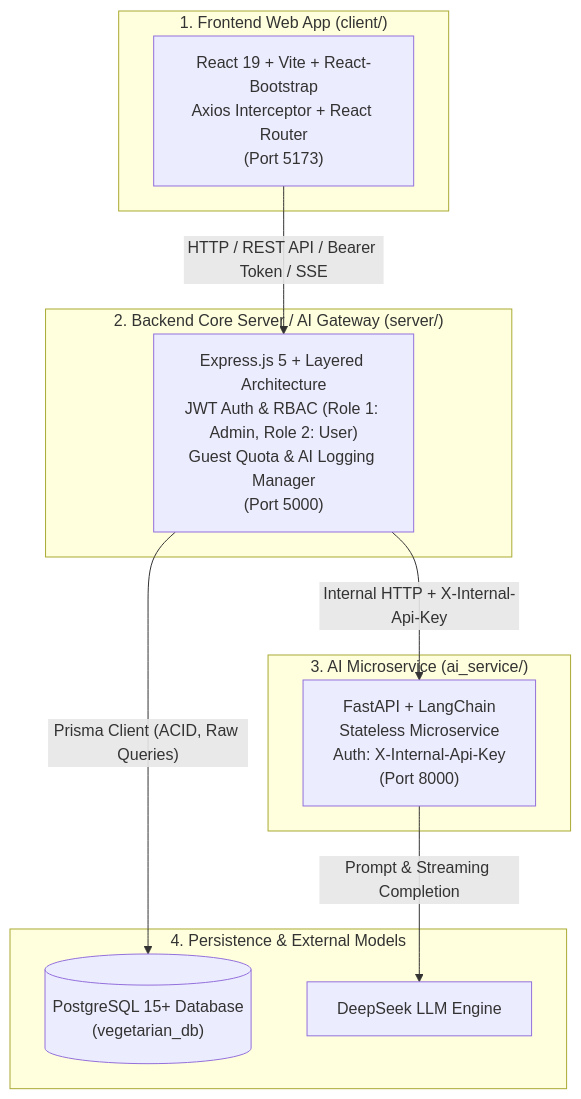
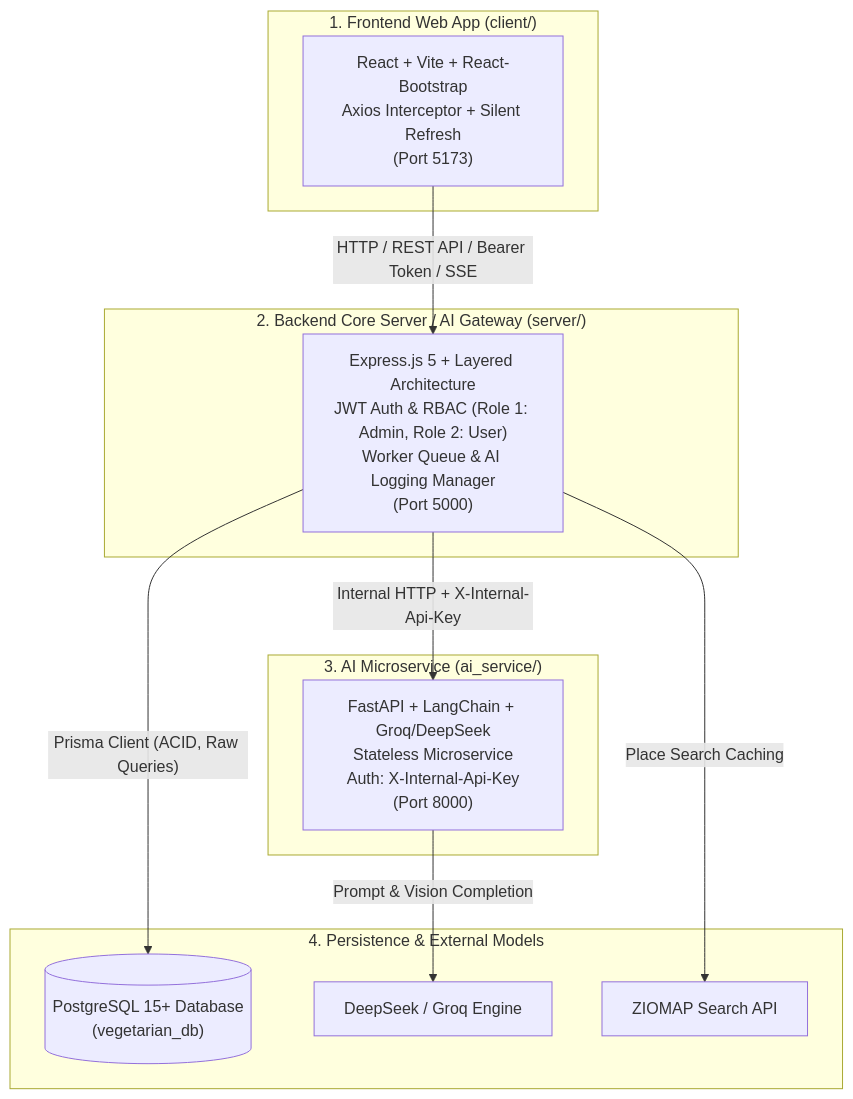
Before and after one commit to minHow14/SWP391: the diagram in README.md, drawn with Mermaid. The commit also changed other lines of this file and 43 other files, not shown here.

````diff
--- a/README.md
+++ b/README.md
@@ -59,24 +63,26 @@
 ```mermaid
 flowchart TD
     subgraph ClientLayer ["1. Frontend Web App (client/)"]
-        Client["React 19 + Vite + React-Bootstrap<br/>Axios Interceptor + React Router<br/>(Port 5173)"]
+        Client["React + Vite + React-Bootstrap<br/>Axios Interceptor + Silent Refresh<br/>(Port 5173)"]
     end
 
     subgraph BackendLayer ["2. Backend Core Server / AI Gateway (server/)"]
-        Server["Express.js 5 + Layered Architecture<br/>JWT Auth & RBAC (Role 1: Admin, Role 2: User)<br/>Guest Quota & AI Logging Manager<br/>(Port 5000)"]
+        Server["Express.js 5 + Layered Architecture<br/>JWT Auth & RBAC (Role 1: Admin, Role 2: User)<br/>Worker Queue & AI Logging Manager<br/>(Port 5000)"]
     end
 
     subgraph AILayer ["3. AI Microservice (ai_service/)"]
-        AIService["FastAPI + LangChain<br/>Stateless Microservice<br/>Auth: X-Internal-Api-Key<br/>(Port 8000)"]
+        AIService["FastAPI + LangChain + Groq/DeepSeek<br/>Stateless Microservice<br/>Auth: X-Internal-Api-Key<br/>(Port 8000)"]
     end
 
     subgraph DataLayer ["4. Persistence & External Models"]
         DB[("PostgreSQL 15+ Database<br/>(vegetarian_db)")]
-        DeepSeek["DeepSeek LLM Engine"]
+        DeepSeek["DeepSeek / Groq Engine"]
+        Ziomap["ZIOMAP Search API"]
     end
 
     Client -- "HTTP / REST API / Bearer Token / SSE" --> Server
     Server -- "Prisma Client (ACID, Raw Queries)" --> DB
     Server -- "Internal HTTP + X-Internal-Api-Key" --> AIService
-    AIService -- "Prompt & Streaming Completion" --> DeepSeek
+    Server -- "Place Search Caching" --> Ziomap
+    AIService -- "Prompt & Vision Completion" --> DeepSeek
 ```
````
